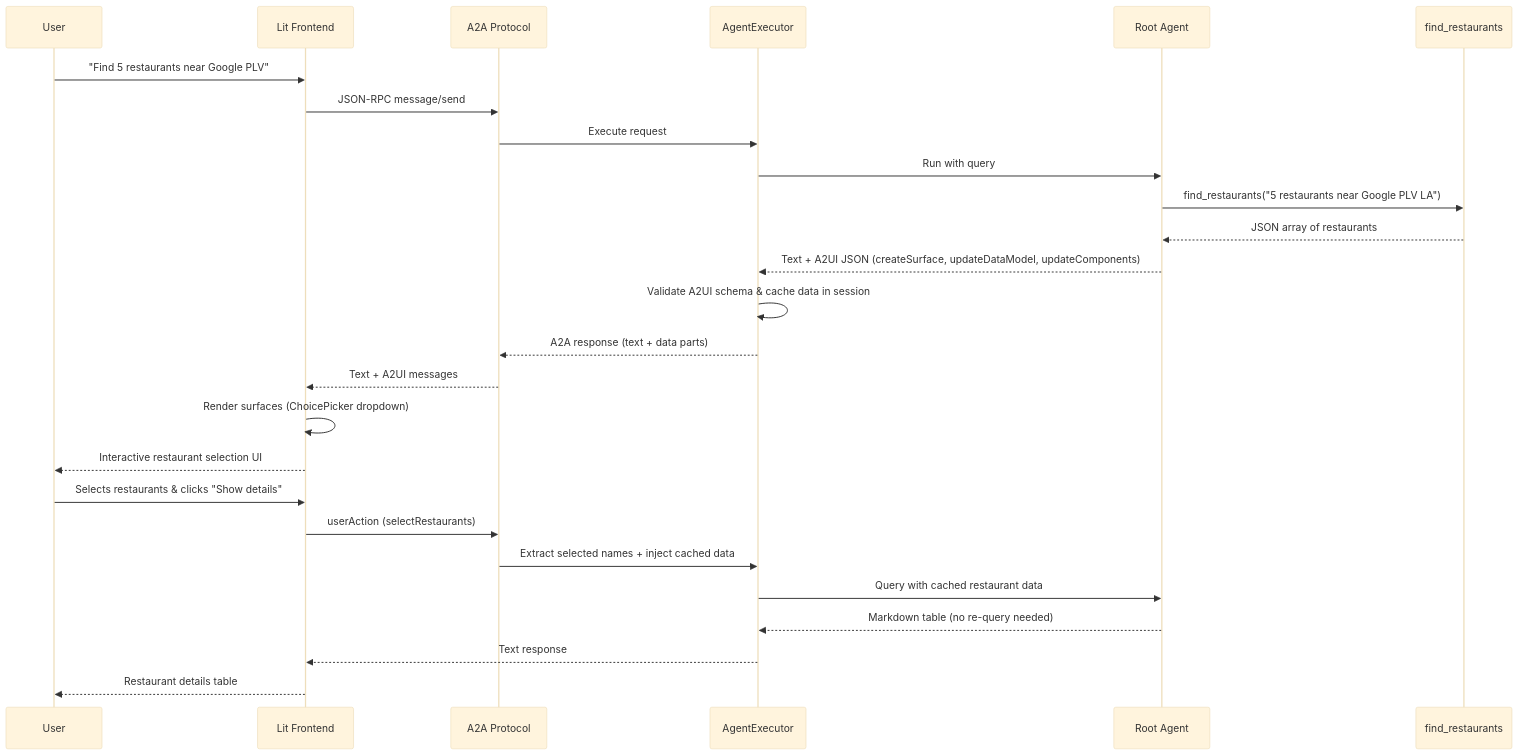
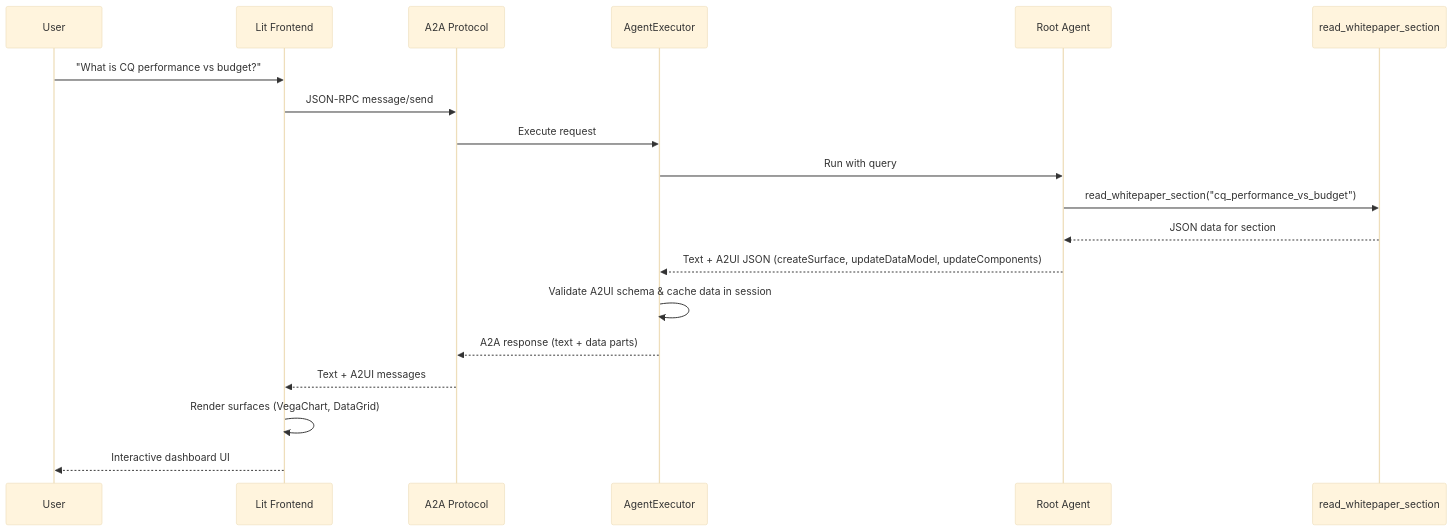
The third of 3 diagrams in README.md (wadave/agent-a2ui-demo), drawn with Mermaid (base theme) before and after one commit. The commit also changed other lines of this file and 38 other files, not shown here.

````diff
--- a/README.md
+++ b/README.md
@@ -139,30 +92,22 @@
 ```mermaid
 sequenceDiagram
     participant User
     participant Frontend as Lit Frontend
     participant A2A as A2A Protocol
     participant Executor as AgentExecutor
     participant Agent as Root Agent
-    participant Tool as find_restaurants
+    participant Tool as read_whitepaper_section
 
-    User->>Frontend: "Find 5 restaurants near Google PLV"
+    User->>Frontend: "What is CQ performance vs budget?"
     Frontend->>A2A: JSON-RPC message/send
     A2A->>Executor: Execute request
     Executor->>Agent: Run with query
-    Agent->>Tool: find_restaurants("5 restaurants near Google PLV LA")
-    Tool-->>Agent: JSON array of restaurants
+    Agent->>Tool: read_whitepaper_section("cq_performance_vs_budget")
+    Tool-->>Agent: JSON data for section
     Agent-->>Executor: Text + A2UI JSON (createSurface, updateDataModel, updateComponents)
     Executor->>Executor: Validate A2UI schema & cache data in session
     Executor-->>A2A: A2A response (text + data parts)
     A2A-->>Frontend: Text + A2UI messages
-    Frontend->>Frontend: Render surfaces (ChoicePicker dropdown)
-    Frontend-->>User: Interactive restaurant selection UI
-
-    User->>Frontend: Selects restaurants & clicks "Show details"
-    Frontend->>A2A: userAction (selectRestaurants)
-    A2A->>Executor: Extract selected names + inject cached data
-    Executor->>Agent: Query with cached restaurant data
-    Agent-->>Executor: Markdown table (no re-query needed)
-    Executor-->>Frontend: Text response
-    Frontend-->>User: Restaurant details table
+    Frontend->>Frontend: Render surfaces (VegaChart, DataGrid)
+    Frontend-->>User: Interactive dashboard UI
 ```
````
